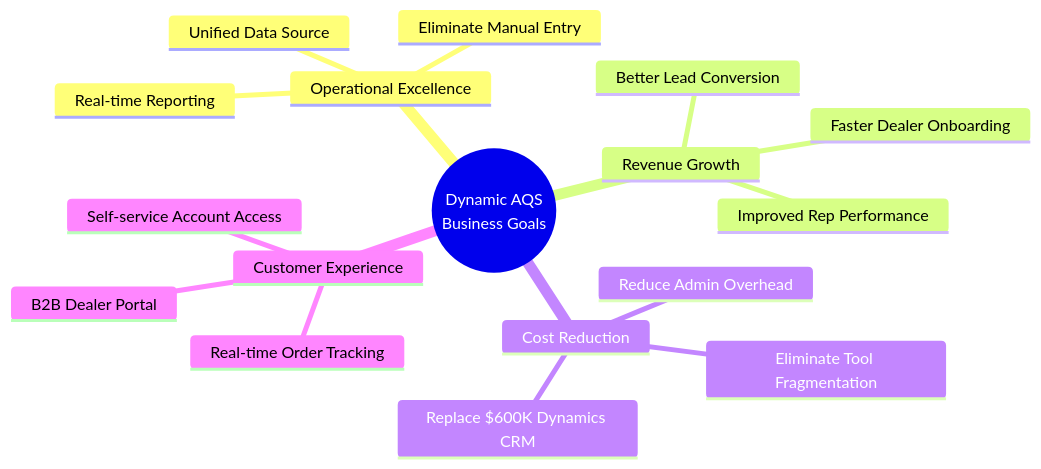
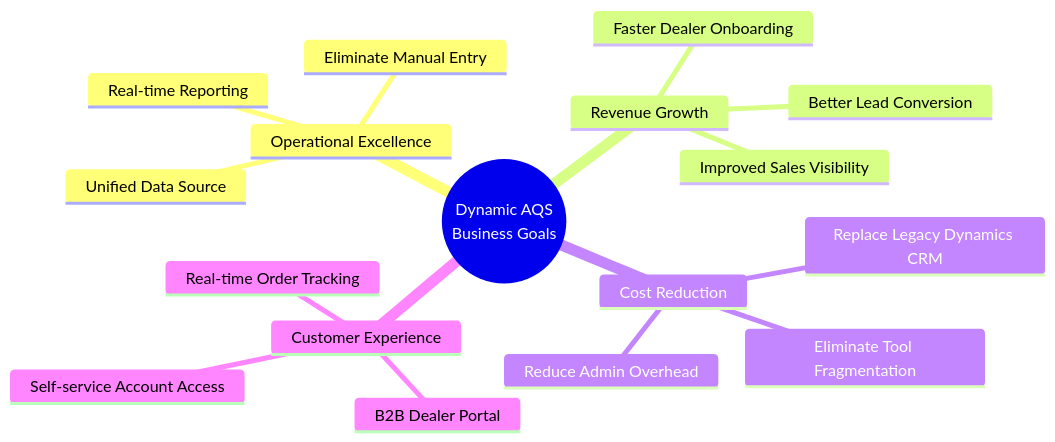
One commit to ahmadhassan91/dynamic-aqs changed the first of 15 diagrams in docs/WORKFLOW_DIAGRAMS.md. Above: the diagram before and after it, drawn with Mermaid. The commit also changed other lines of this file and 2 other files, not shown here.

````diff
--- a/docs/WORKFLOW_DIAGRAMS.md
+++ b/docs/WORKFLOW_DIAGRAMS.md
@@ -47,20 +33,20 @@
 ```mermaid
 mindmap
   root((Dynamic AQS<br/>Business Goals))
     Operational Excellence
       Real-time Reporting
       Eliminate Manual Entry
       Unified Data Source
     Revenue Growth
       Faster Dealer Onboarding
-      Improved Rep Performance
       Better Lead Conversion
+      Improved Sales Visibility
     Cost Reduction
-      Replace $600K Dynamics CRM
+      Replace Legacy Dynamics CRM
       Eliminate Tool Fragmentation
       Reduce Admin Overhead
     Customer Experience
       B2B Dealer Portal
       Real-time Order Tracking
       Self-service Account Access
 ```
````
